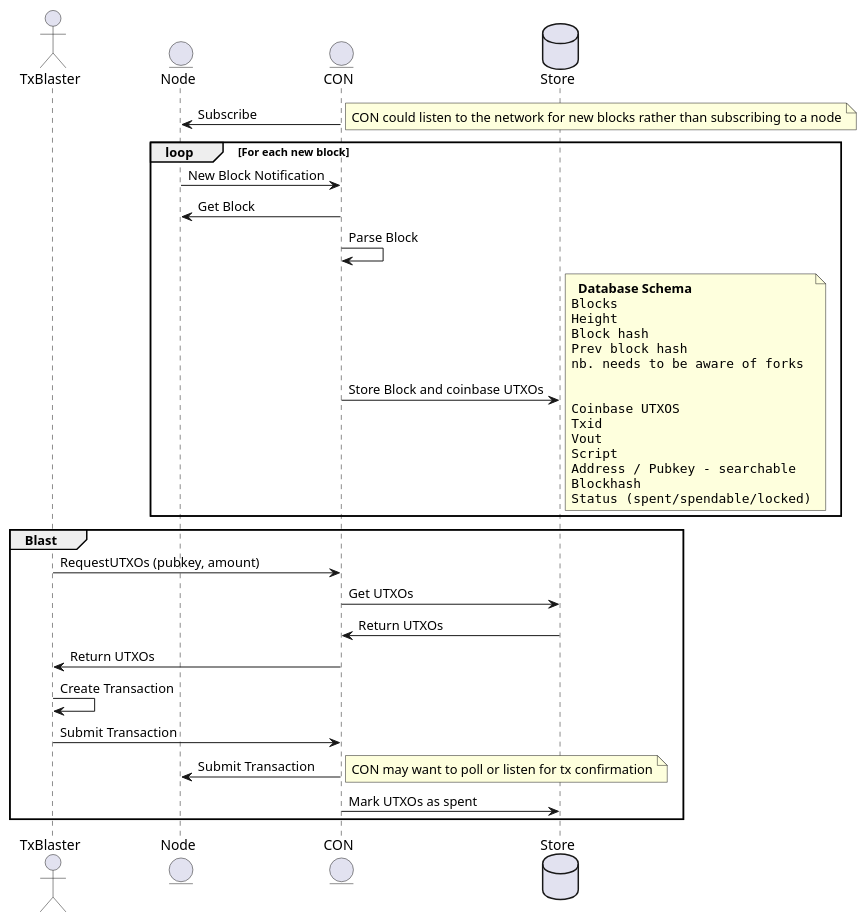
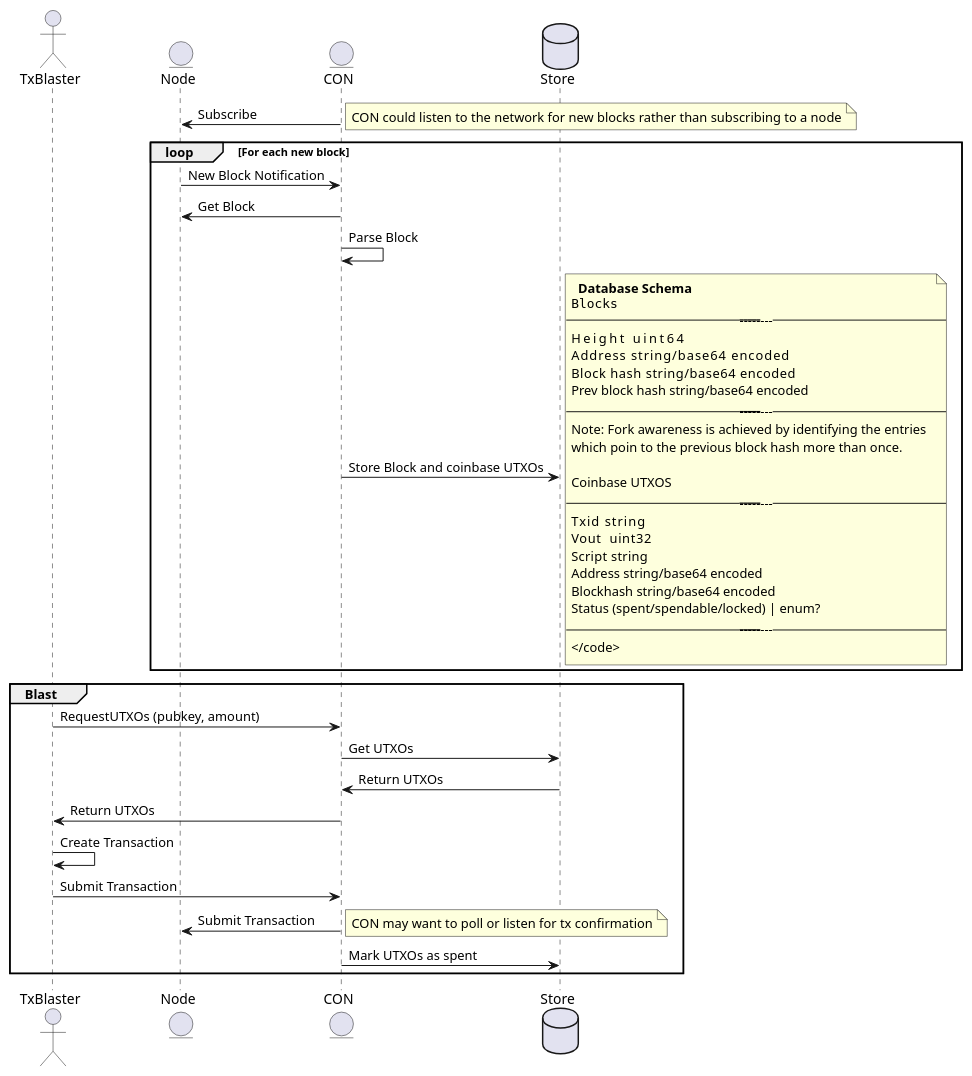
Before and after one commit to freemans13/teranode: the diagram in docs/conSequence.puml, drawn with PlantUML. The commit also changed 5 other files, not shown here.

```diff
--- a/docs/conSequence.puml
+++ b/docs/conSequence.puml
@@ -1,58 +1,63 @@
 @startuml Coinbase Overlay Node Service
 
 actor TxBlaster
 entity Node
 entity CON
 database Store
 
 CON -> Node: Subscribe
 note right
   CON could listen to the network for new blocks rather than subscribing to a node
 end note
 
 loop For each new block
   Node -> CON: New Block Notification
   CON -> Node: Get Block
   CON -> CON: Parse Block
   CON -> Store: Store Block and coinbase UTXOs
 note right
   <b>Database Schema</b>
 <code>
 Blocks
-Height
-Block hash
-Prev block hash
-nb. needs to be aware of forks
-
+--------------------------------
+Height          uint64
+Address         string/base64 encoded
+Block hash      string/base64 encoded
+Prev block hash string/base64 encoded
+--------------------------------
+Note: Fork awareness is achieved by identifying the entries
+which poin to the previous block hash more than once.
 
 Coinbase UTXOS
-Txid
-Vout 
-Script
-Address / Pubkey - searchable
-Blockhash
-Status (spent/spendable/locked)
+--------------------------------
+Txid    string
+Vout    uint32
+Script  string
+Address string/base64 encoded
+Blockhash string/base64 encoded
+Status (spent/spendable/locked) | enum?
+--------------------------------
 </code>
 end note
 end
 
 group Blast
 TxBlaster -> CON: RequestUTXOs (pubkey, amount)
 CON -> Store: Get UTXOs
 Store -> CON: Return UTXOs
 CON -> TxBlaster: Return UTXOs
 
 TxBlaster -> TxBlaster: Create Transaction
 
 TxBlaster -> CON: Submit Transaction
 CON -> Node: Submit Transaction
 note right
   CON may want to poll or listen for tx confirmation
 end note
 CON -> Store: Mark UTXOs as spent
 end
 
 
 
 
 @enduml
```
